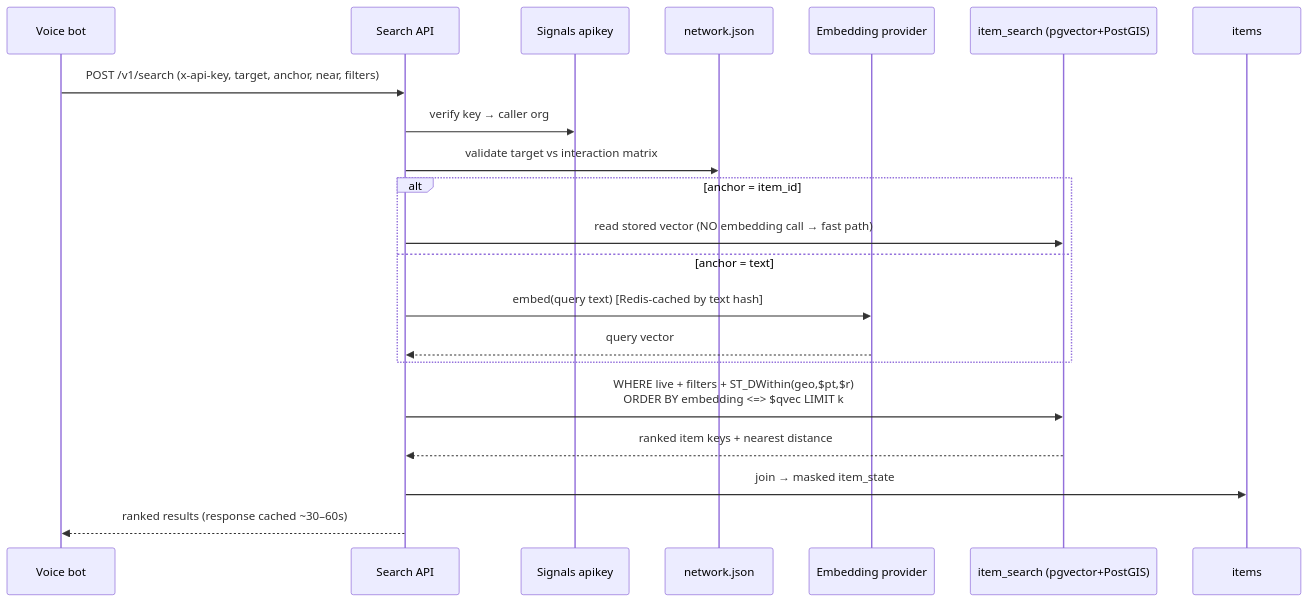
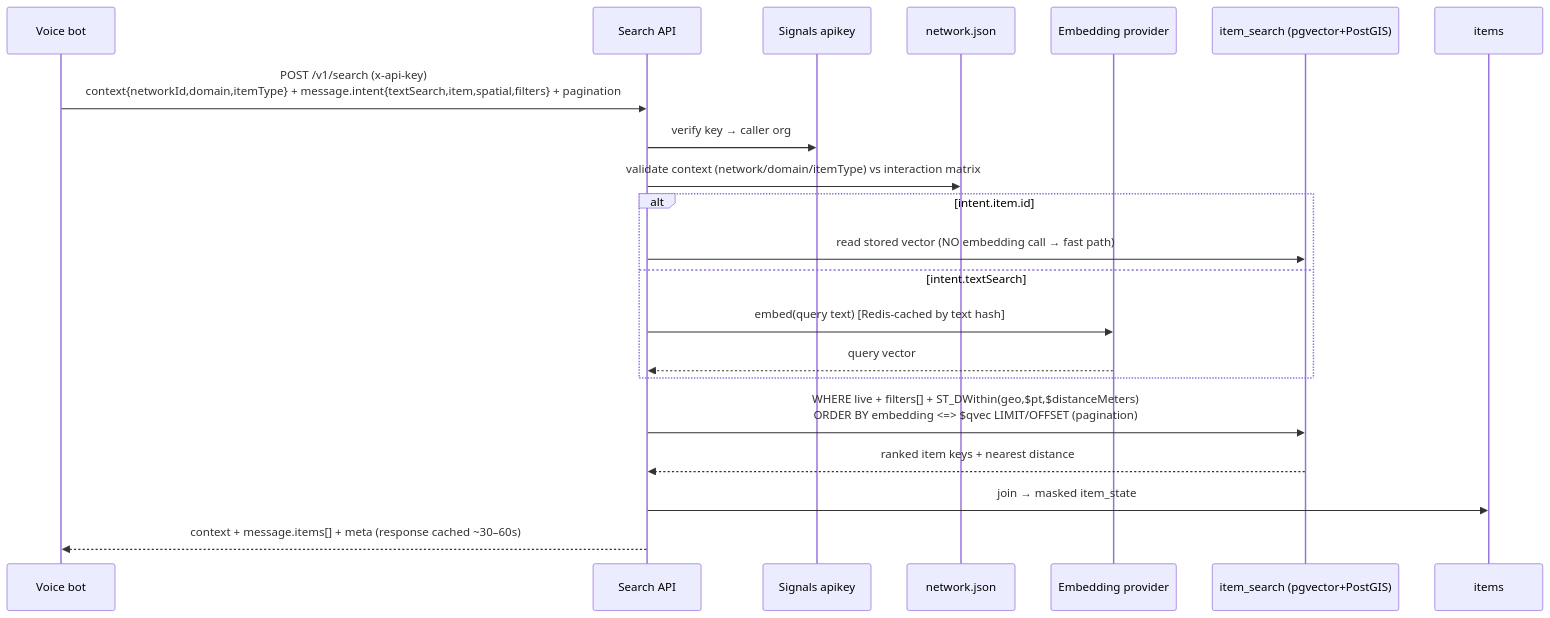
One commit to Blue-Dots-Economy/signals-search changed the third of 3 diagrams in docs/2026-06-09-signals-search-engine-architecture.md. Above: the diagram before and after it, drawn with Mermaid. The commit also changed 1 other file, not shown here.

Commit message:
Align search API with sync Beckn-aligned discover envelope
Replace the flat /v1/search params with a context/message envelope
(no on_discover callback — sync). context carries network/domain/itemType;
message.intent = {textSearch, item, spatial, filters}; message.pagination
= {limit, offset}. Response echoes context and returns message.items + meta.
Update query-flow steps and architecture sequence diagram to match.

Refs #1

````diff
--- a/docs/2026-06-09-signals-search-engine-architecture.md
+++ b/docs/2026-06-09-signals-search-engine-architecture.md
@@ -91,24 +91,24 @@
 ```mermaid
 sequenceDiagram
   participant C as Voice bot
   participant A as Search API
   participant AK as Signals apikey
   participant NJ as network.json
   participant E as Embedding provider
   participant V as item_search (pgvector+PostGIS)
   participant IT as items
 
-  C->>A: POST /v1/search (x-api-key, target, anchor, near, filters)
+  C->>A: POST /v1/search (x-api-key)<br/>context{networkId,domain,itemType} + message.intent{textSearch,item,spatial,filters} + pagination
   A->>AK: verify key → caller org
-  A->>NJ: validate target vs interaction matrix
-  alt anchor = item_id
+  A->>NJ: validate context (network/domain/itemType) vs interaction matrix
+  alt intent.item.id
     A->>V: read stored vector (NO embedding call → fast path)
-  else anchor = text
+  else intent.textSearch
     A->>E: embed(query text) [Redis-cached by text hash]
     E-->>A: query vector
   end
-  A->>V: WHERE live + filters + ST_DWithin(geo,$pt,$r)<br/>ORDER BY embedding <=> $qvec LIMIT k
+  A->>V: WHERE live + filters[] + ST_DWithin(geo,$pt,$distanceMeters)<br/>ORDER BY embedding <=> $qvec LIMIT/OFFSET (pagination)
   V-->>A: ranked item keys + nearest distance
   A->>IT: join → masked item_state
-  A-->>C: ranked results (response cached ~30–60s)
+  A-->>C: context + message.items[] + meta (response cached ~30–60s)
 ```
````
